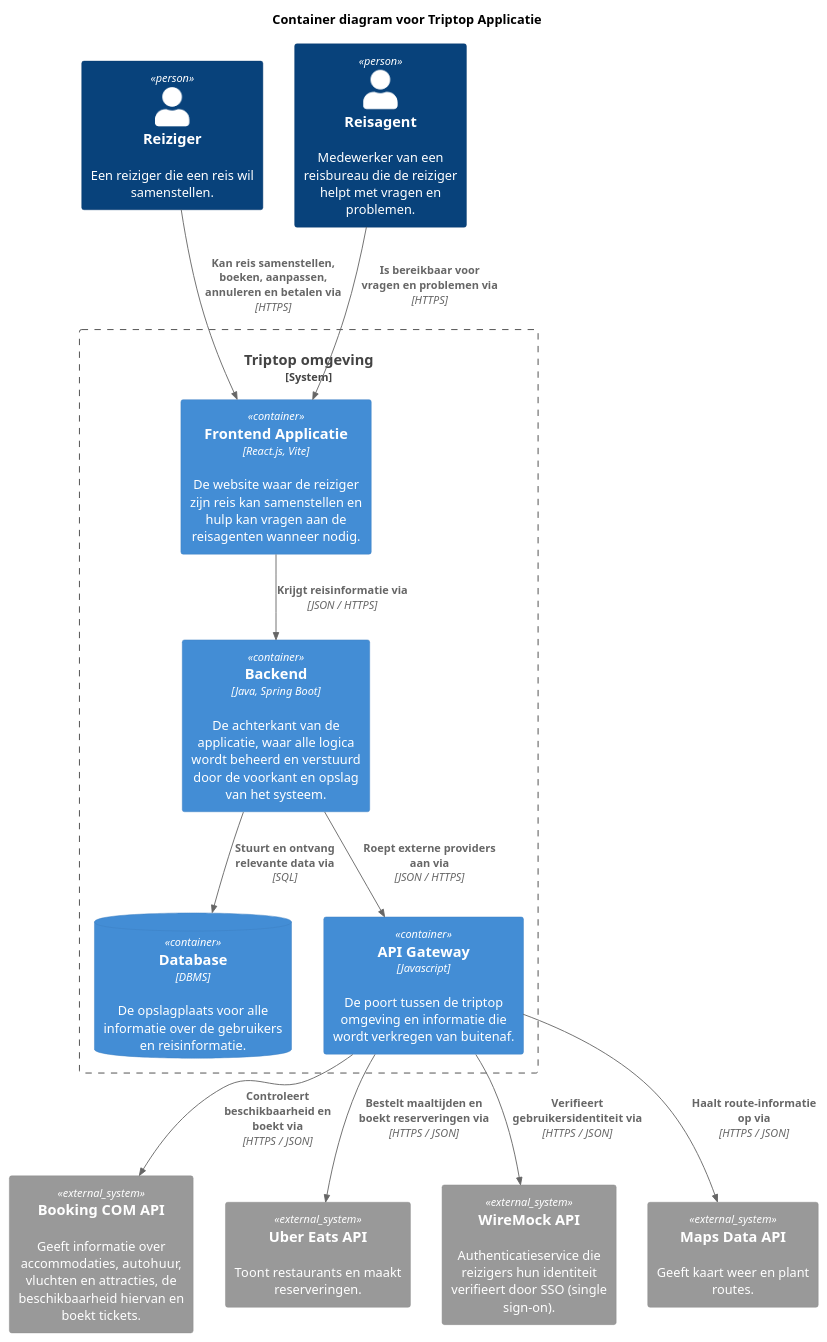
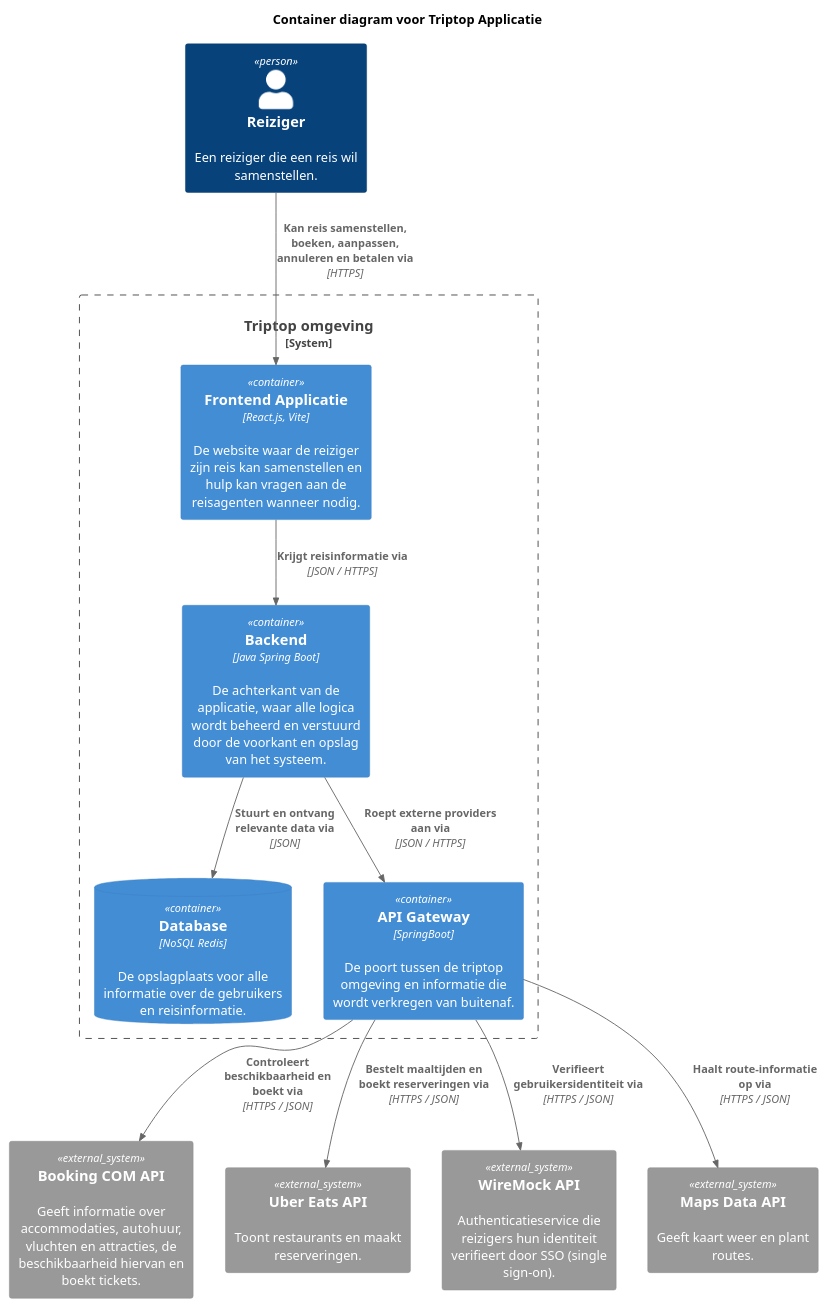
One commit to AIM-ENE-feb25/triptop-beca changed the diagram in opdracht-diagrammen/Container diagrammen/container-diagram-team/final-container-diagram.puml. Above: the diagram before and after it, drawn with PlantUML. The commit also changed 1 other file, not shown here.

Commit message:
Feedback geimplementeerd voor week 1

```diff
--- a/opdracht-diagrammen/Container diagrammen/container-diagram-team/final-container-diagram.puml
+++ b/opdracht-diagrammen/Container diagrammen/container-diagram-team/final-container-diagram.puml
@@ -1,36 +1,34 @@
 @startuml
 
 !include https://raw.githubusercontent.com/plantuml-stdlib/C4-PlantUML/master/C4_Container.puml
 
 
 title Container diagram voor Triptop Applicatie
 
 Person(reiziger, Reiziger, "Een reiziger die een reis wil samenstellen.")
-Person(reis_agent, Reisagent, "Medewerker van een reisbureau die de reiziger helpt met vragen en problemen.")
 
 System_Boundary(c1, "Triptop omgeving") {
     Container(frontend, "Frontend Applicatie", "React.js, Vite", "De website waar de reiziger zijn reis kan samenstellen en hulp kan vragen aan de reisagenten wanneer nodig.")
-    Container(backend, "Backend", "Java, Spring Boot", "De achterkant van de applicatie, waar alle logica wordt beheerd en verstuurd door de voorkant en opslag van het systeem.")
-    ContainerDb(database, "Database", "DBMS", "De opslagplaats voor alle informatie over de gebruikers en reisinformatie.")
-    Container(api_gateway, "API Gateway", "Javascript", "De poort tussen de triptop omgeving en informatie die wordt verkregen van buitenaf.")
+    Container(backend, "Backend", "Java Spring Boot", "De achterkant van de applicatie, waar alle logica wordt beheerd en verstuurd door de voorkant en opslag van het systeem.")
+    ContainerDb(database, "Database", "NoSQL Redis", "De opslagplaats voor alle informatie over de gebruikers en reisinformatie.")
+    Container(api_gateway, "API Gateway", "SpringBoot", "De poort tussen de triptop omgeving en informatie die wordt verkregen van buitenaf.")
 }
 
 System_Ext(overnachting_vervoer, "Booking COM API", "Geeft informatie over accommodaties, autohuur, vluchten en attracties, de beschikbaarheid hiervan en boekt tickets.")
 System_Ext(eten, "Uber Eats API", "Toont restaurants en maakt reserveringen.")
 System_Ext(identiteit, "WireMock API", "Authenticatieservice die reizigers hun identiteit verifieert door SSO (single sign-on).")
 System_Ext(maps, "Maps Data API", "Geeft kaart weer en plant routes.")
 
 Rel(reiziger, frontend, "Kan reis samenstellen, boeken, aanpassen, annuleren en betalen via", "HTTPS")
-Rel(reis_agent, frontend, "Is bereikbaar voor vragen en problemen via", "HTTPS")
 
 Rel(frontend, backend, "Krijgt reisinformatie via", "JSON / HTTPS")
-Rel(backend, database, "Stuurt en ontvang relevante data via", "SQL")
+Rel(backend, database, "Stuurt en ontvang relevante data via", "JSON")
 Rel(backend, api_gateway, "Roept externe providers aan via", "JSON / HTTPS")
 
 Rel(api_gateway, overnachting_vervoer, "Controleert beschikbaarheid en boekt via", "HTTPS / JSON")
 Rel(api_gateway, eten, "Bestelt maaltijden en boekt reserveringen via", "HTTPS / JSON")
 Rel(api_gateway, identiteit, "Verifieert gebruikersidentiteit via", "HTTPS / JSON")
 Rel(api_gateway, maps, "Haalt route-informatie op via", "HTTPS / JSON")
 
 
 @enduml
```
